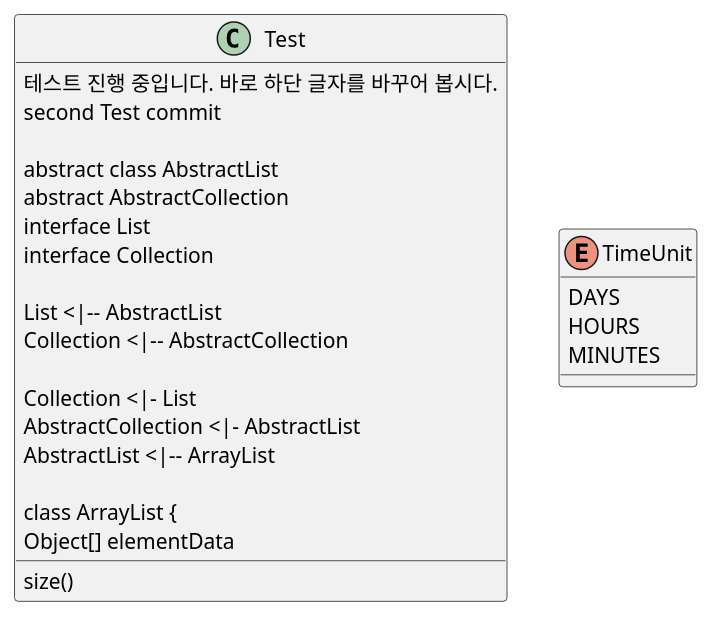
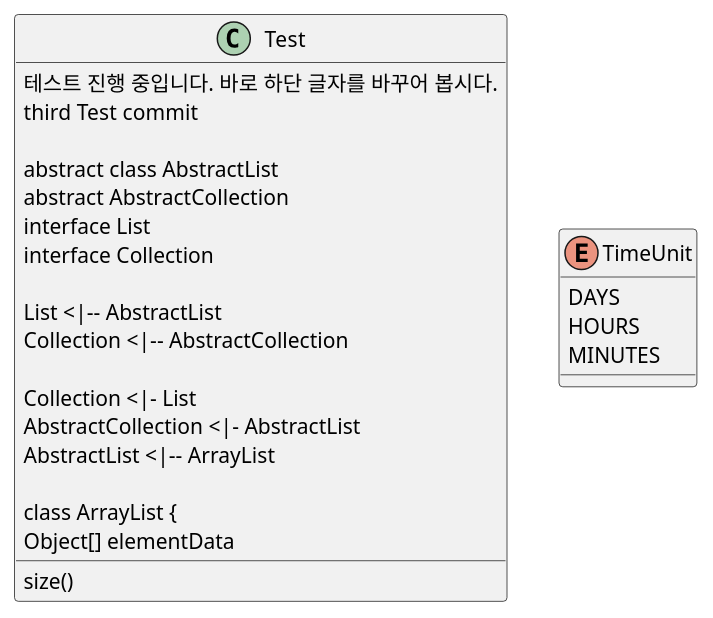
One commit to PTUnique/PTUniqueTeam2 changed the diagram in architecture.puml. Above: the diagram before and after it, drawn with PlantUML.

Commit message:
수정:: architecture.puml first -> third

```diff
--- a/architecture.puml
+++ b/architecture.puml
@@ -1,30 +1,30 @@
 @startuml
 
 class Test{
 테스트 진행 중입니다. 바로 하단 글자를 바꾸어 봅시다.
-second Test commit
+third Test commit
 
 abstract class AbstractList
 abstract AbstractCollection
 interface List
 interface Collection
 
 List <|-- AbstractList
 Collection <|-- AbstractCollection
 
 Collection <|- List
 AbstractCollection <|- AbstractList
 AbstractList <|-- ArrayList
 
 class ArrayList {
 Object[] elementData
 size()
 }
 
 enum TimeUnit {
 DAYS
 HOURS
 MINUTES
 }
 
 @enduml
```
